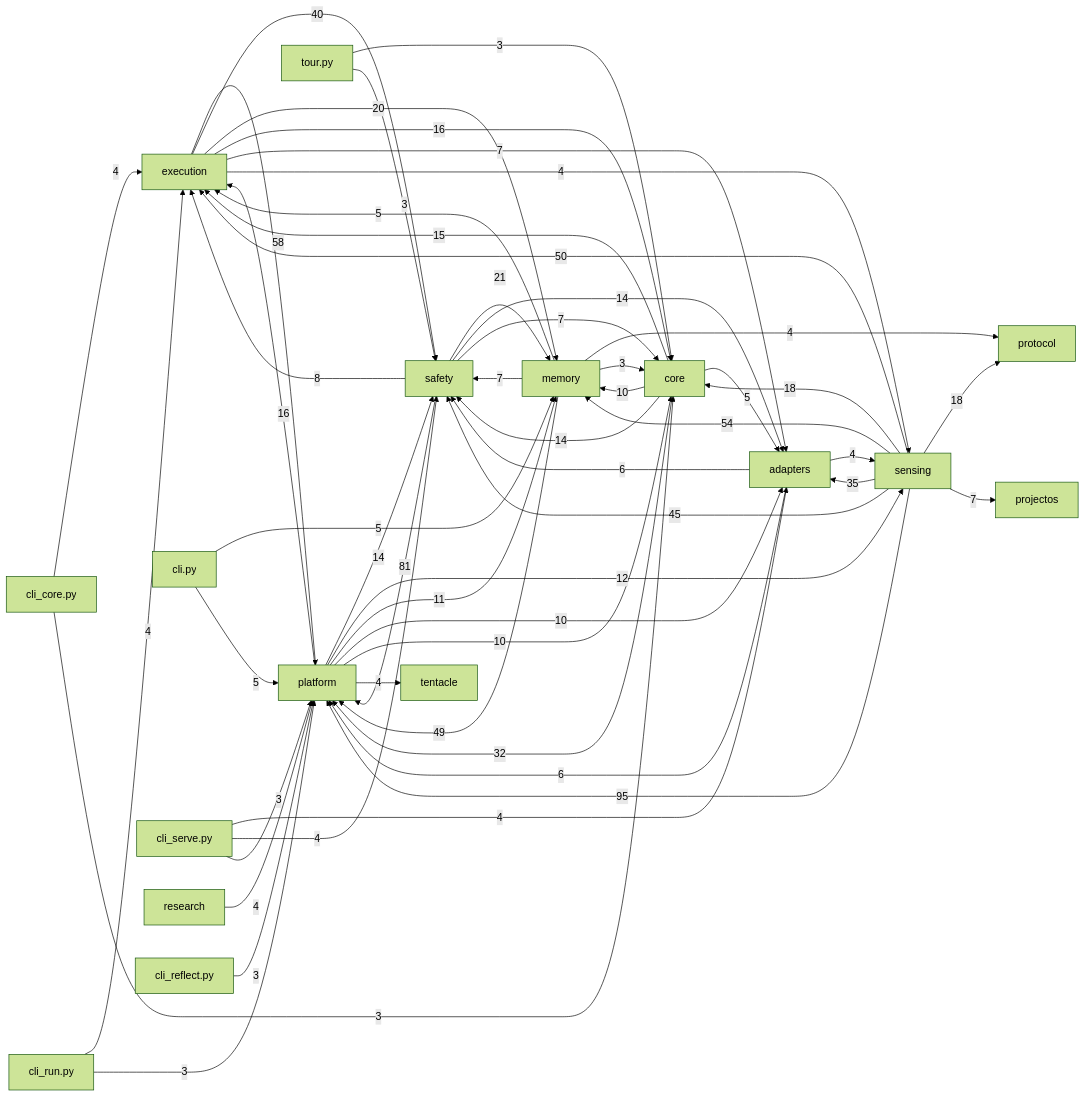
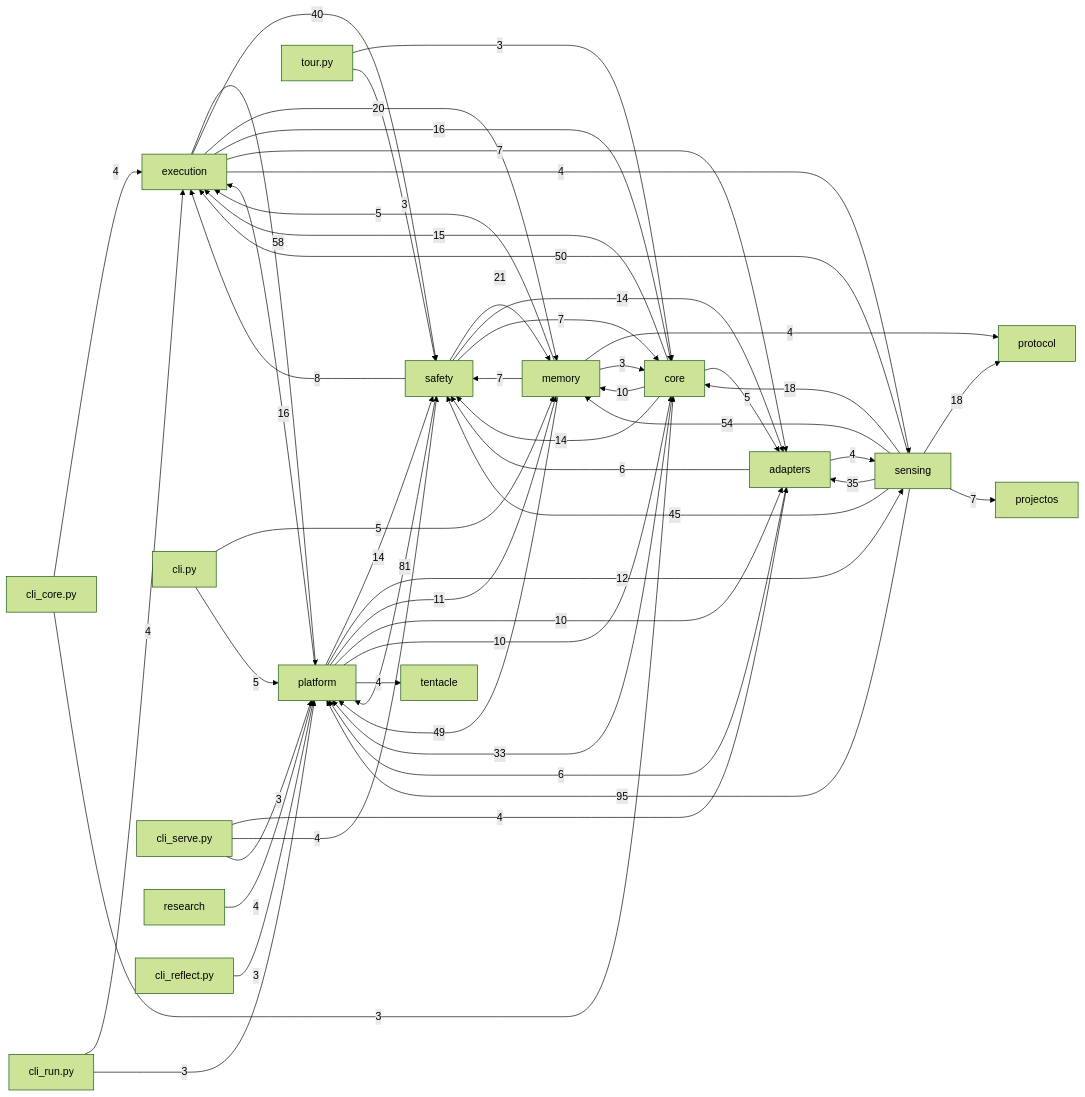
Before and after one commit to dengdenghua/octopus-agent: the diagram in docs/auto/20-backend/index.md, drawn with Mermaid (forest theme). The commit also changed 80 other files, not shown here.

````diff
--- a/docs/auto/20-backend/index.md
+++ b/docs/auto/20-backend/index.md
@@ -26,62 +26,62 @@
 ```mermaid
 graph LR
   execution[execution]
   core[core]
   safety[safety]
   memory[memory]
   sensing[sensing]
   adapters[adapters]
   platform[platform]
   sensing -- 95 --> platform
   safety -- 81 --> platform
   execution -- 58 --> platform
   sensing -- 54 --> memory
   sensing -- 50 --> execution
   memory -- 49 --> platform
   sensing -- 45 --> safety
   execution -- 40 --> safety
   sensing -- 35 --> adapters
-  core -- 32 --> platform
+  core -- 33 --> platform
   safety -- 21 --> memory
   execution -- 20 --> memory
   sensing -- 18 --> core
   sensing -- 18 --> protocol
   execution -- 16 --> core
   platform -- 16 --> execution
   core -- 15 --> execution
   core -- 14 --> safety
   platform -- 14 --> safety
   safety -- 14 --> adapters
   platform -- 12 --> sensing
   platform -- 11 --> memory
   core -- 10 --> memory
   platform -- 10 --> adapters
   platform -- 10 --> core
   safety -- 8 --> execution
   execution -- 7 --> adapters
   memory -- 7 --> safety
   safety -- 7 --> core
   sensing -- 7 --> projectos
   adapters -- 6 --> platform
   adapters -- 6 --> safety
   cli.py -- 5 --> memory
   cli.py -- 5 --> platform
   core -- 5 --> adapters
   memory -- 5 --> execution
   adapters -- 4 --> sensing
   cli_core.py -- 4 --> execution
   cli_run.py -- 4 --> execution
   cli_serve.py -- 4 --> adapters
   cli_serve.py -- 4 --> safety
   execution -- 4 --> sensing
   memory -- 4 --> protocol
   platform -- 4 --> tentacle
   research -- 4 --> platform
   cli_core.py -- 3 --> core
   cli_reflect.py -- 3 --> platform
   cli_run.py -- 3 --> platform
   cli_serve.py -- 3 --> platform
   memory -- 3 --> core
   tour.py -- 3 --> core
   tour.py -- 3 --> safety
 ```
````
